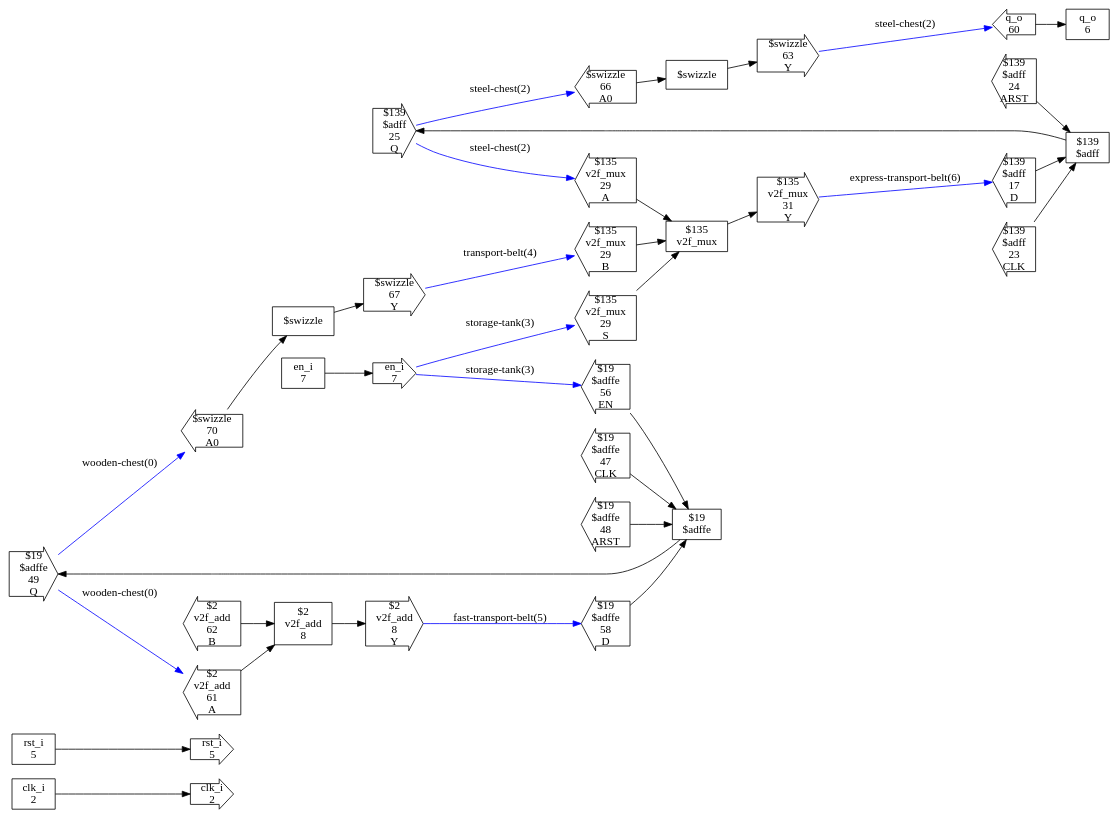
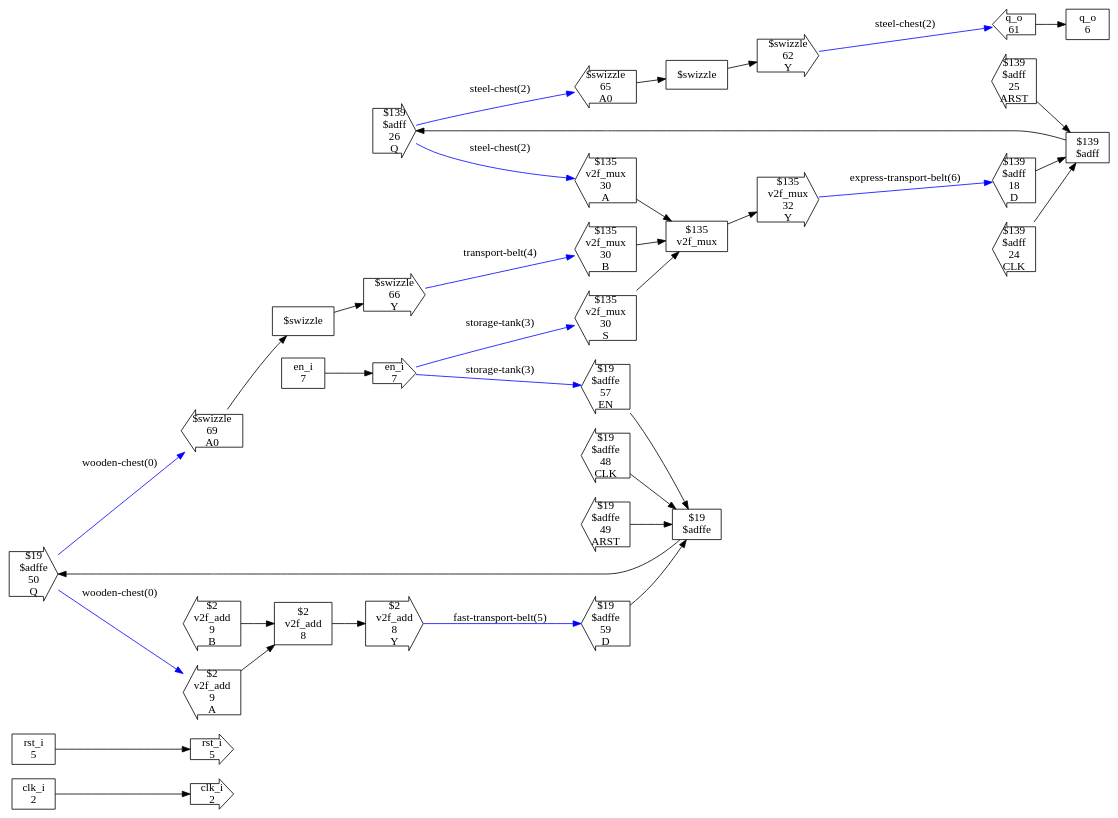
Before and after one commit to ben-j-c/verilog2factorio: the diagram in test_designs/counter32_pt2/checked_design.dot, drawn with Graphviz. The commit also changed 44 other files, not shown here.

```diff
--- a/test_designs/counter32_pt2/checked_design.dot
+++ b/test_designs/counter32_pt2/checked_design.dot
@@ -1,140 +1,140 @@
 digraph CheckedDesign {
   rankdir=LR
   n0[shape=box,label="clk_i
 2"]
   n1[shape=box,label="rst_i
 5"]
   n2[shape=box,label="q_o
 6"]
   n3[shape=box,label="en_i
 7"]
   n4[shape=box,label="$2
 v2f_add
 8"]
   n5[shape=box,label="$139
 $adff"]
   n6[shape=box,label="$135
 v2f_mux"]
   n7[shape=box,label="$19
 $adffe"]
   n8[shape=rarrow,label="clk_i
 2"]
   n9[shape=rarrow,label="rst_i
 5"]
   n10[shape=larrow,label="q_o
-60"]
+61"]
   n11[shape=rarrow,label="en_i
 7"]
   n12[shape=larrow,label="$2
 v2f_add
-61
+9
 A"]
   n13[shape=larrow,label="$2
 v2f_add
-62
+9
 B"]
   n14[shape=rarrow,label="$2
 v2f_add
 8
 Y"]
   n15[shape=larrow,label="$139
 $adff
-17
+18
 D"]
   n16[shape=larrow,label="$139
 $adff
-23
+24
 CLK"]
   n17[shape=larrow,label="$139
 $adff
-24
+25
 ARST"]
   n18[shape=rarrow,label="$139
 $adff
-25
+26
 Q"]
   n19[shape=larrow,label="$135
 v2f_mux
-29
+30
 A"]
   n20[shape=larrow,label="$135
 v2f_mux
-29
+30
 B"]
   n21[shape=larrow,label="$135
 v2f_mux
-29
+30
 S"]
   n22[shape=rarrow,label="$135
 v2f_mux
-31
+32
 Y"]
   n23[shape=larrow,label="$19
 $adffe
-58
+59
 D"]
   n24[shape=larrow,label="$19
 $adffe
-47
+48
 CLK"]
   n25[shape=larrow,label="$19
 $adffe
-56
+57
 EN"]
   n26[shape=larrow,label="$19
 $adffe
-48
+49
 ARST"]
   n27[shape=rarrow,label="$19
 $adffe
-49
+50
 Q"]
   n28[shape=box,label="$swizzle"]
   n29[shape=rarrow,label="$swizzle
-63
+62
 Y"]
   n30[shape=larrow,label="$swizzle
-66
+65
 A0"]
   n33[shape=box,label="$swizzle"]
   n34[shape=rarrow,label="$swizzle
-67
+66
 Y"]
   n35[shape=larrow,label="$swizzle
-70
+69
 A0"]
   n0 -> n8
   n1 -> n9
   n3 -> n11
   n4 -> n14
   n5 -> n18
   n6 -> n22
   n7 -> n27
   n10 -> n2
   n11 -> n21 [label="storage-tank(3)",syle=bold,color=blue]
   n11 -> n25 [label="storage-tank(3)",syle=bold,color=blue]
   n12 -> n4
   n13 -> n4
   n14 -> n23 [label="fast-transport-belt(5)",syle=bold,color=blue]
   n15 -> n5
   n16 -> n5
   n17 -> n5
   n18 -> n19 [label="steel-chest(2)",syle=bold,color=blue]
   n18 -> n30 [label="steel-chest(2)",syle=bold,color=blue]
   n19 -> n6
   n20 -> n6
   n21 -> n6
   n22 -> n15 [label="express-transport-belt(6)",syle=bold,color=blue]
   n23 -> n7
   n24 -> n7
   n25 -> n7
   n26 -> n7
   n27 -> n12 [label="wooden-chest(0)",syle=bold,color=blue]
   n27 -> n35 [label="wooden-chest(0)",syle=bold,color=blue]
   n28 -> n29
   n29 -> n10 [label="steel-chest(2)",syle=bold,color=blue]
   n30 -> n28
   n33 -> n34
   n34 -> n20 [label="transport-belt(4)",syle=bold,color=blue]
   n35 -> n33
 }
```
